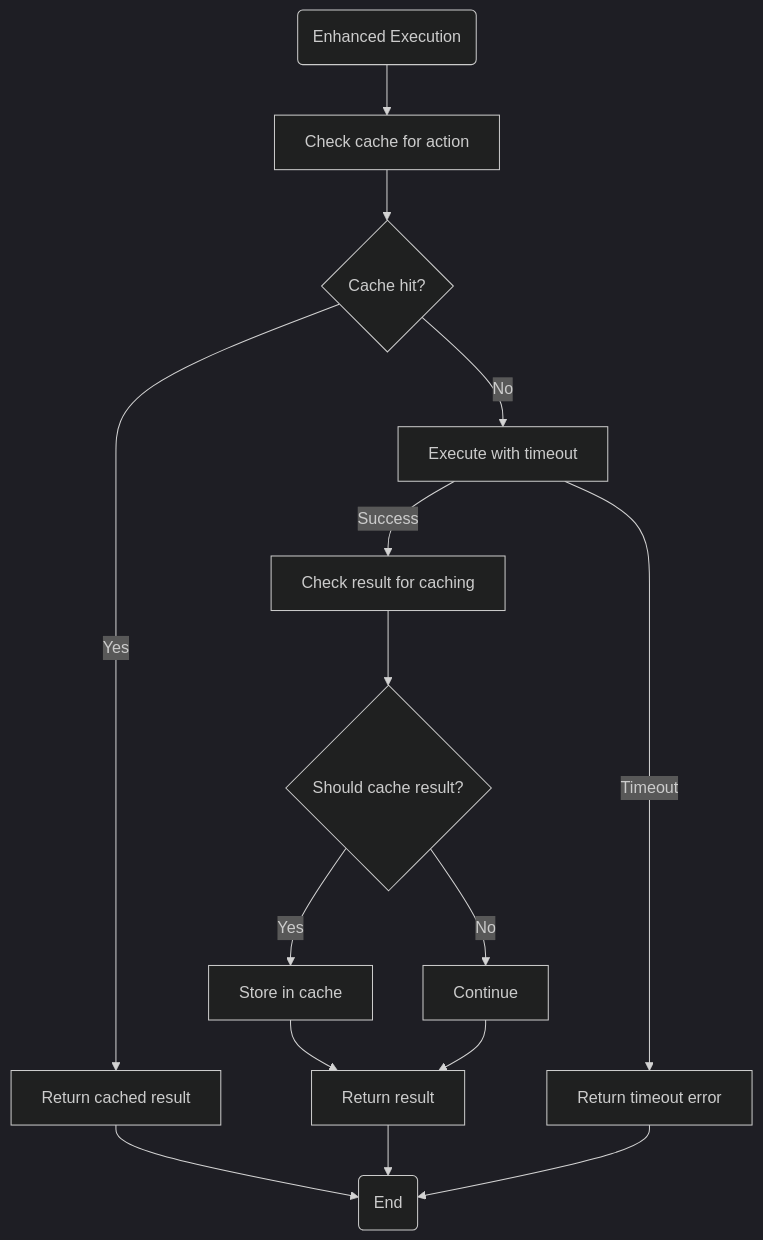
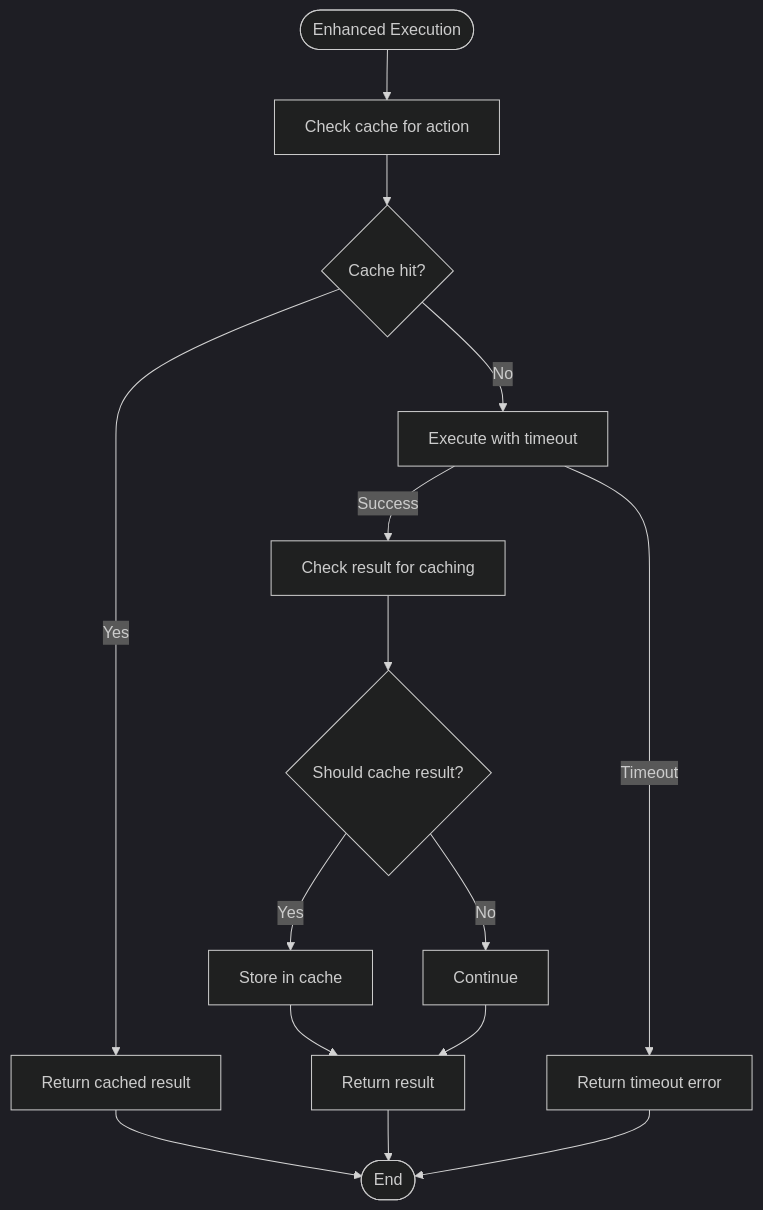
Before and after one commit to Likhithsai2580/RAVANA-WIKI: the seventh of 8 diagrams in docs/Action System/Action Manager.md, drawn with Mermaid (dark theme). The commit also changed other lines of this file and 78 other files, not shown here.

````diff
--- a/docs/Action System/Action Manager.md
+++ b/docs/Action System/Action Manager.md
@@ -286,18 +280,17 @@
 ```mermaid
 flowchart TD
-Start("Enhanced Execution") --> CheckCache["Check cache for action"]
+Start([Enhanced Execution]) --> CheckCache["Check cache for action"]
 CheckCache --> CacheHit{"Cache hit?"}
 CacheHit --> |Yes| ReturnCached["Return cached result"]
 CacheHit --> |No| ApplyTimeout["Execute with timeout"]
 ApplyTimeout --> |Success| CheckResult["Check result for caching"]
 CheckResult --> ShouldCache{"Should cache result?"}
 ShouldCache --> |Yes| StoreCache["Store in cache"]
 ShouldCache --> |No| Continue
 StoreCache --> ReturnResult["Return result"]
 Continue --> ReturnResult
 ApplyTimeout --> |Timeout| HandleTimeout["Return timeout error"]
-ReturnCached --> End("End")
+ReturnCached --> End([End])
 ReturnResult --> End
 HandleTimeout --> End
-
 ```
````
